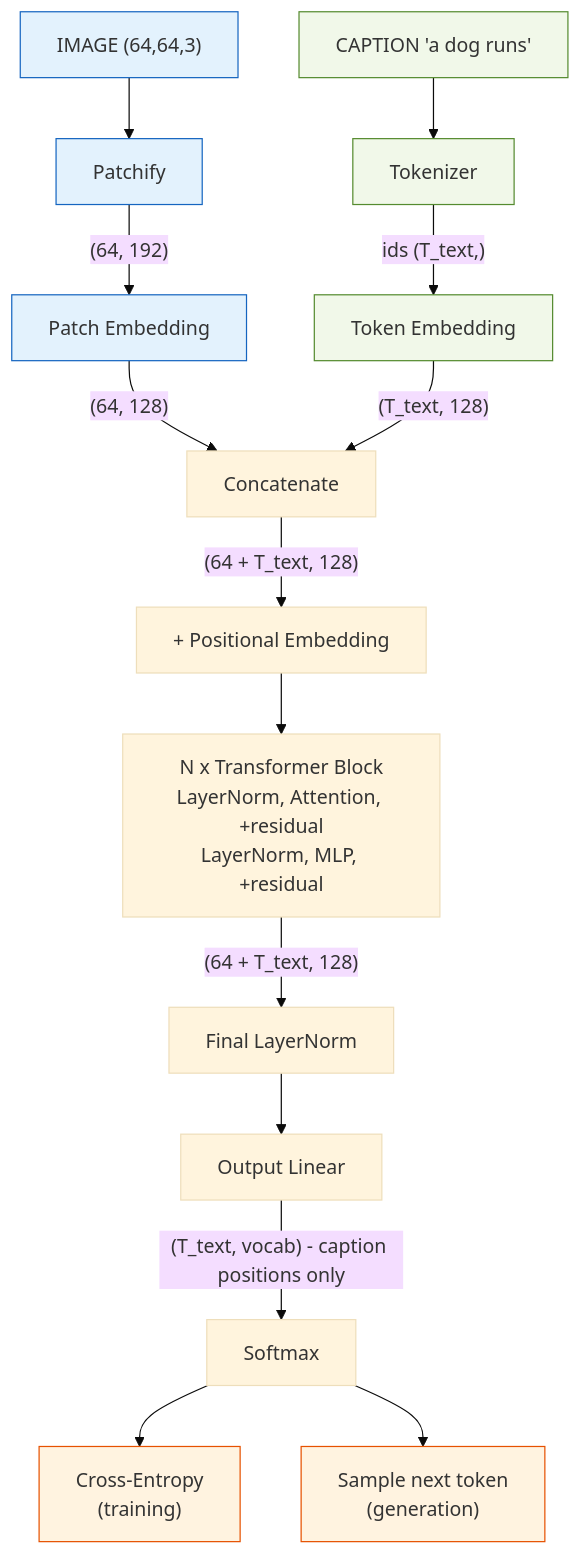
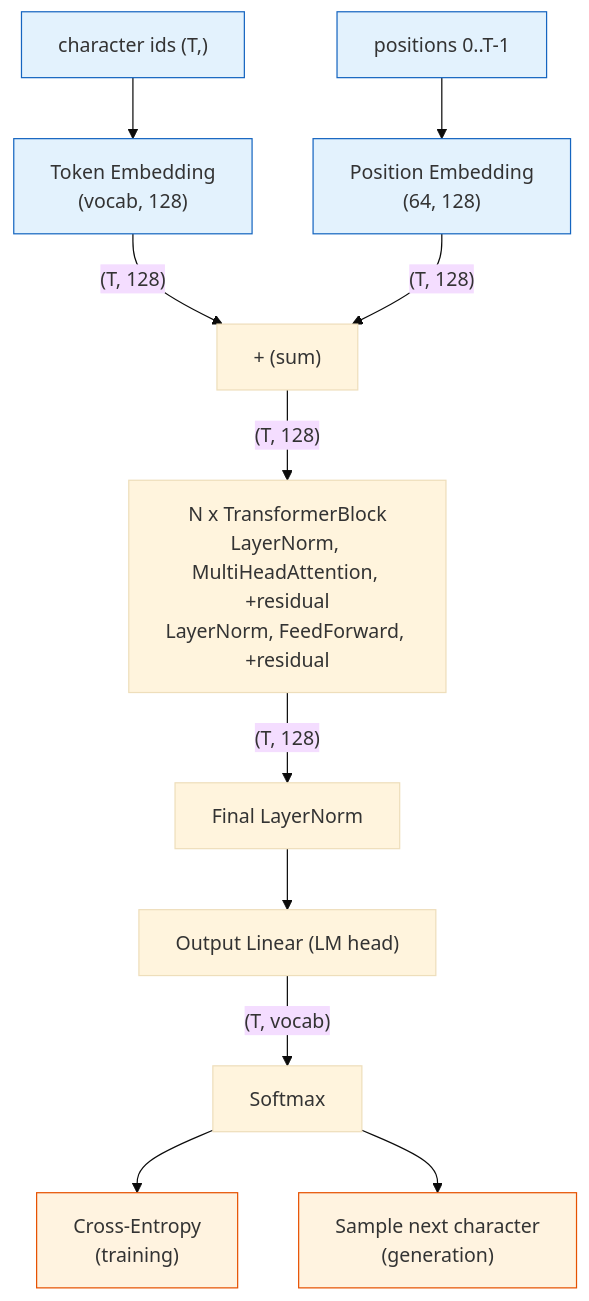
Before and after one commit to MustafaNatur/ML-coding-assignment: the first of 3 diagrams in IMPLEMENTATION.md, drawn with Mermaid (base theme). The commit also changed other lines of this file and 9 other files, not shown here.

````diff
--- a/IMPLEMENTATION.md
+++ b/IMPLEMENTATION.md
@@ -55,27 +35,21 @@
 ```mermaid
 flowchart TD
-    IMG["IMAGE (64,64,3)"] --> PATCH["Patchify"]
-    PATCH -->|"(64, 192)"| PEMB["Patch Embedding"]
+    IDS["character ids (T,)"] --> TEMB["Token Embedding<br/>(vocab, 128)"]
+    POSIDS["positions 0..T-1"] --> PEMB["Position Embedding<br/>(64, 128)"]
 
-    CAP["CAPTION 'a dog runs'"] --> TOK["Tokenizer"]
-    TOK -->|"ids (T_text,)"| TEMB["Token Embedding"]
+    TEMB -->|"(T, 128)"| SUM["+ (sum)"]
+    PEMB -->|"(T, 128)"| SUM
 
-    PEMB -->|"(64, 128)"| CAT["Concatenate"]
-    TEMB -->|"(T_text, 128)"| CAT
-
-    CAT -->|"(64 + T_text, 128)"| POS["+ Positional Embedding"]
-    POS --> BLK["N x Transformer Block<br/>LayerNorm, Attention, +residual<br/>LayerNorm, MLP, +residual"]
-    BLK -->|"(64 + T_text, 128)"| FLN["Final LayerNorm"]
-    FLN --> OUT["Output Linear"]
-    OUT -->|"(T_text, vocab) - caption positions only"| SM["Softmax"]
+    SUM -->|"(T, 128)"| BLK["N x TransformerBlock<br/>LayerNorm, MultiHeadAttention, +residual<br/>LayerNorm, FeedForward, +residual"]
+    BLK -->|"(T, 128)"| FLN["Final LayerNorm"]
+    FLN --> OUT["Output Linear (LM head)"]
+    OUT -->|"(T, vocab)"| SM["Softmax"]
 
     SM --> CE["Cross-Entropy<br/>(training)"]
-    SM --> GEN["Sample next token<br/>(generation)"]
+    SM --> GEN["Sample next character<br/>(generation)"]
 
-    classDef img fill:#e3f2fd,stroke:#1565c0;
-    classDef txt fill:#f1f8e9,stroke:#558b2f;
+    classDef inp fill:#e3f2fd,stroke:#1565c0;
     classDef out fill:#fff3e0,stroke:#e65100;
-    class IMG,PATCH,PEMB img;
-    class CAP,TOK,TEMB txt;
+    class IDS,TEMB,POSIDS,PEMB inp;
     class CE,GEN out;
 ```
````
